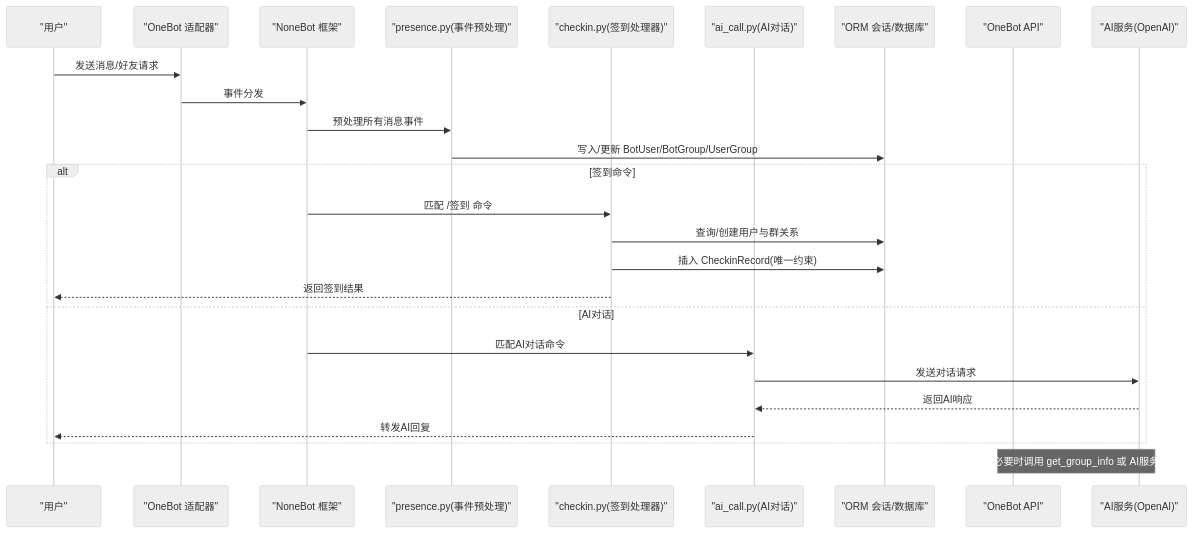
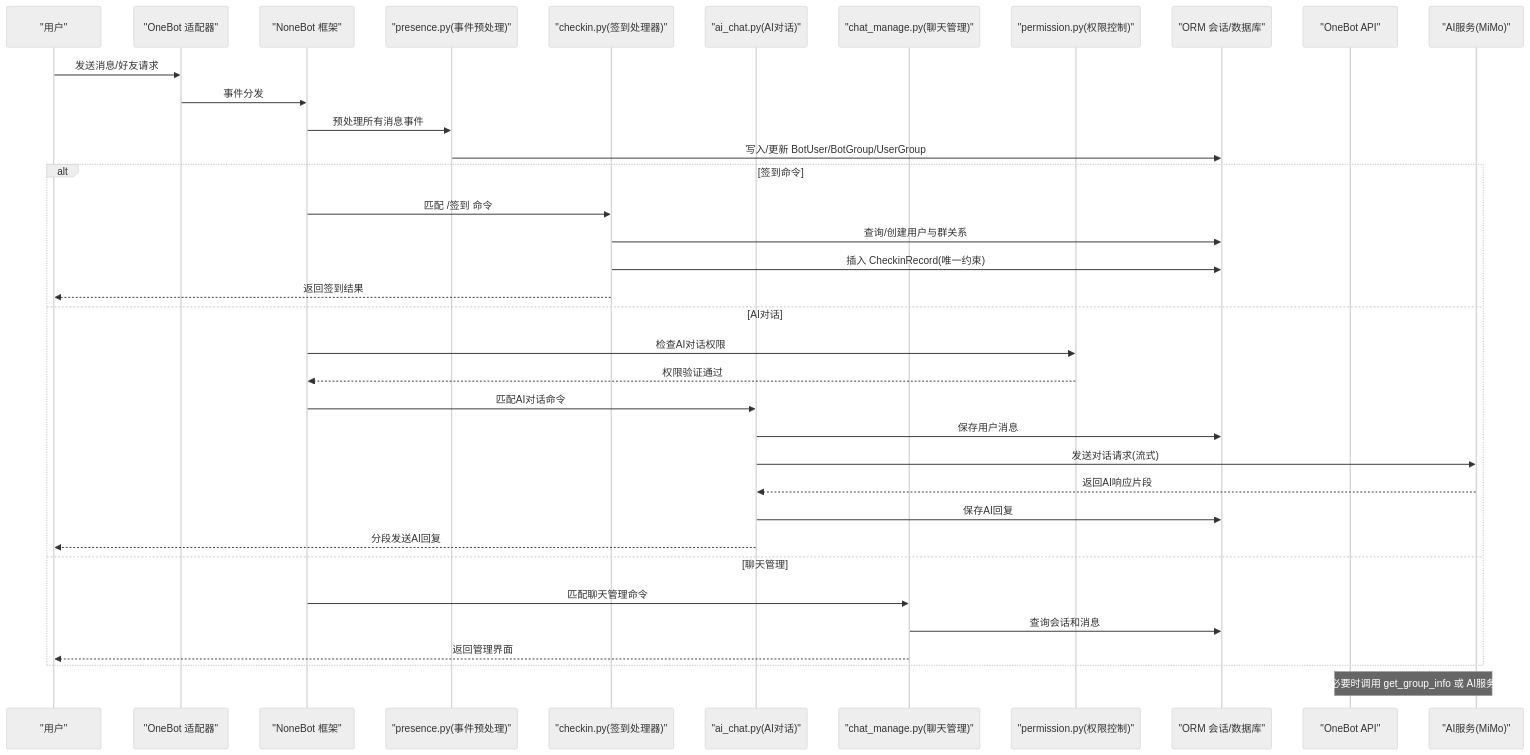
Before and after one commit to Wohaokunr/yawn_bot: the second of 10 diagrams in .qoder/repowiki/zh/content/核心功能模块/核心功能模块.md, drawn with Mermaid (neutral theme). The commit also changed other lines of this file and 28 other files, not shown here.

````diff
--- a/.qoder/repowiki/zh/content/核心功能模块/核心功能模块.md
+++ b/.qoder/repowiki/zh/content/核心功能模块/核心功能模块.md
@@ -115,28 +142,38 @@
 ```mermaid
 sequenceDiagram
 participant U as "用户"
 participant OB as "OneBot 适配器"
 participant NB as "NoneBot 框架"
 participant P as "presence.py(事件预处理)"
 participant H as "checkin.py(签到处理器)"
-participant AI as "ai_call.py(AI对话)"
+participant AI as "ai_chat.py(AI对话)"
+participant CM as "chat_manage.py(聊天管理)"
+participant PM as "permission.py(权限控制)"
 participant DB as "ORM 会话/数据库"
 participant API as "OneBot API"
-participant LLM as "AI服务(OpenAI)"
+participant LLM as "AI服务(MiMo)"
 U->>OB : 发送消息/好友请求
 OB->>NB : 事件分发
 NB->>P : 预处理所有消息事件
 P->>DB : 写入/更新 BotUser/BotGroup/UserGroup
 alt 签到命令
 NB->>H : 匹配 /签到 命令
 H->>DB : 查询/创建用户与群关系
 H->>DB : 插入 CheckinRecord(唯一约束)
 H-->>U : 返回签到结果
 else AI对话
+NB->>PM : 检查AI对话权限
+PM-->>NB : 权限验证通过
 NB->>AI : 匹配AI对话命令
-AI->>LLM : 发送对话请求
-LLM-->>AI : 返回AI响应
-AI-->>U : 转发AI回复
+AI->>DB : 保存用户消息
+AI->>LLM : 发送对话请求(流式)
+LLM-->>AI : 返回AI响应片段
+AI->>DB : 保存AI回复
+AI-->>U : 分段发送AI回复
+else 聊天管理
+NB->>CM : 匹配聊天管理命令
+CM->>DB : 查询会话和消息
+CM-->>U : 返回管理界面
 end
 Note over API,LLM : 必要时调用 get_group_info 或 AI服务
 ```
````
